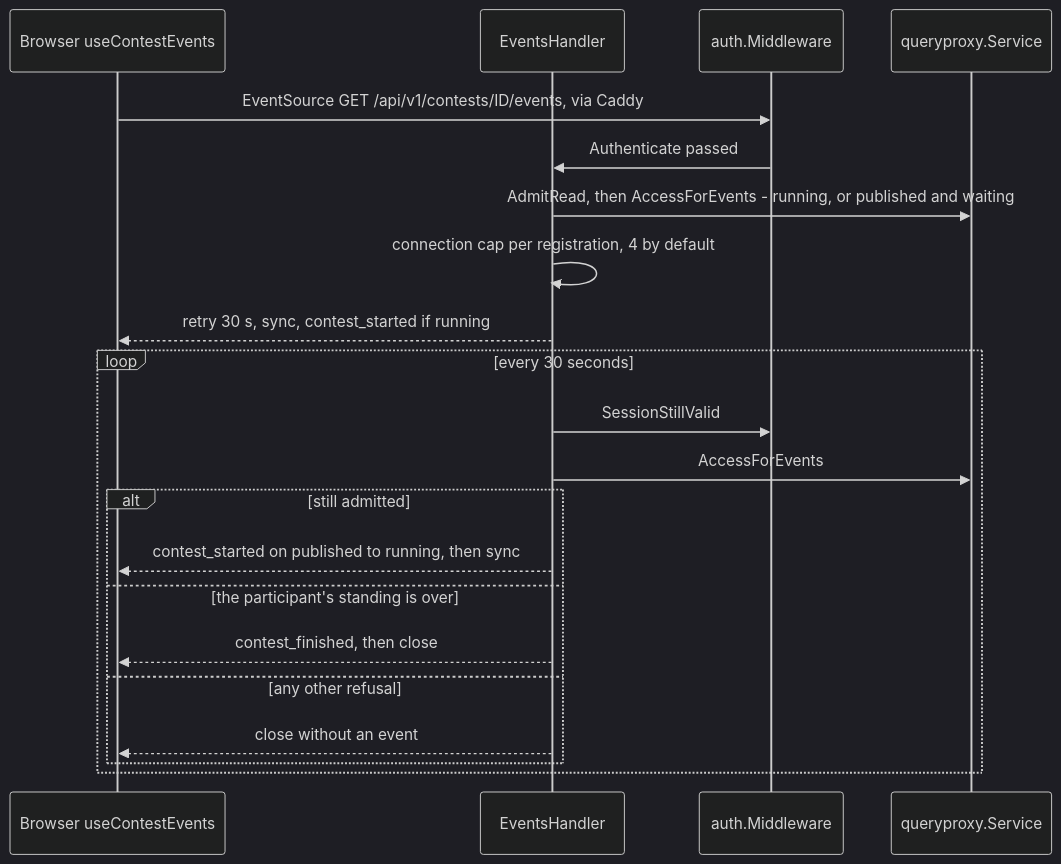
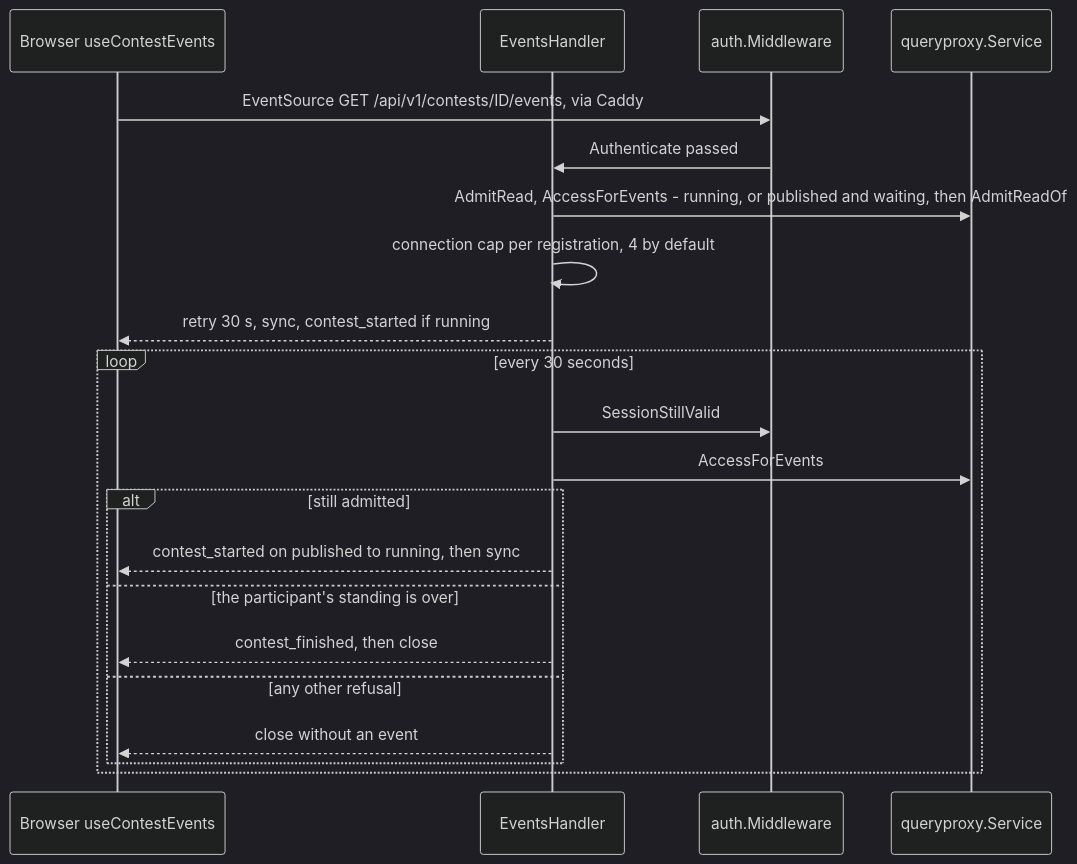
Diagram 13 of 14 in docs/guide/03-flows.md (devrdn/olymp-db-platform), drawn with Mermaid (dark theme) before and after one commit. The commit also changed other lines of this file and 42 other files, not shown here.

````diff
--- a/docs/guide/03-flows.md
+++ b/docs/guide/03-flows.md
@@ -802,24 +803,24 @@
 ```mermaid
 sequenceDiagram
     participant B as Browser useContestEvents
     participant E as EventsHandler
     participant M as auth.Middleware
     participant Q as queryproxy.Service
 
     B->>M: EventSource GET /api/v1/contests/ID/events, via Caddy
     M->>E: Authenticate passed
-    E->>Q: AdmitRead, then AccessForEvents - running, or published and waiting
+    E->>Q: AdmitRead, AccessForEvents - running, or published and waiting, then AdmitReadOf
     E->>E: connection cap per registration, 4 by default
     E-->>B: retry 30 s, sync, contest_started if running
     loop every 30 seconds
         E->>M: SessionStillValid
         E->>Q: AccessForEvents
         alt still admitted
             E-->>B: contest_started on published to running, then sync
         else the participant's standing is over
             E-->>B: contest_finished, then close
         else any other refusal
             E-->>B: close without an event
         end
     end
 ```
````
